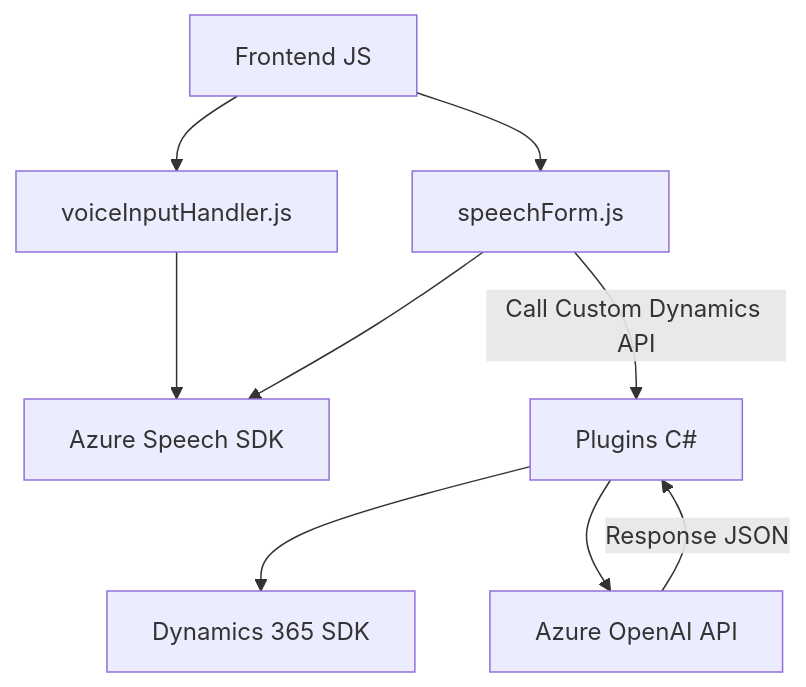
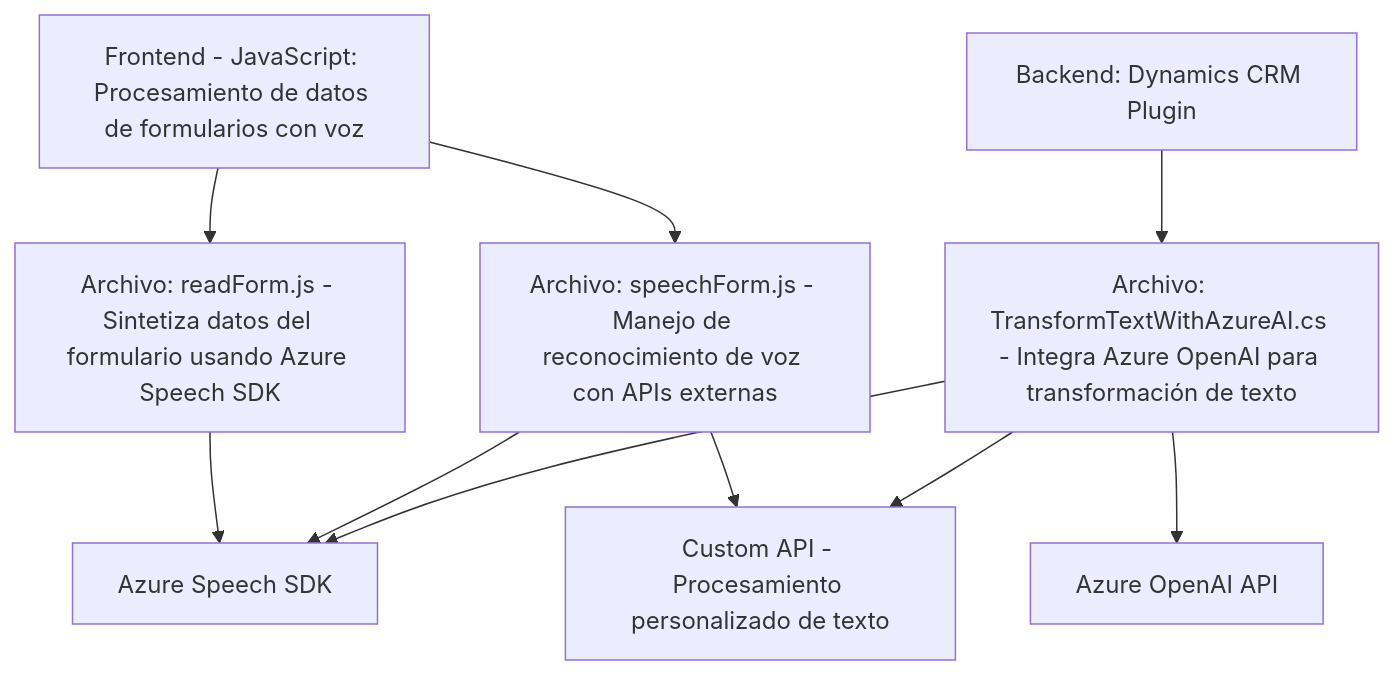
Before and after one commit to blopezdm/NETCORE_BILBAO2025: the diagram in README.md, drawn with Mermaid. The commit also changed other lines of this file, not shown here.

Commit message:
Actualizar análisis global de la solución con IA

````diff
--- a/README.md
+++ b/README.md
@@ -35,19 +64,22 @@
 ```mermaid
 graph TD
-    A["Frontend JS"]
-    B["voiceInputHandler.js"]
-    C["speechForm.js"]
-    D["Plugins C#"]
-    E["Dynamics 365 SDK"]
-    F["Azure Speech SDK"]
-    G["Azure OpenAI API"]
-    
-    A-->B
-    A-->C
-    B-->F
-    C-->F
-    C--"Call Custom Dynamics API"-->D
-    D-->E
-    D-->G
-    G--"Response JSON"-->D
+
+A["Frontend - JavaScript: Procesamiento de datos de formularios con voz"]
+B["Archivo: readForm.js - Sintetiza datos del formulario usando Azure Speech SDK"]
+C["Archivo: speechForm.js - Manejo de reconocimiento de voz con APIs externas"]
+D["Backend: Dynamics CRM Plugin"]
+E["Archivo: TransformTextWithAzureAI.cs - Integra Azure OpenAI para transformación de texto"]
+F["Azure Speech SDK"]
+G["Azure OpenAI API"]
+H["Custom API - Procesamiento personalizado de texto"]
+
+A --> B
+A --> C
+B --> F
+C --> F
+C --> H
+D --> E
+E --> G
+E --> F
+E --> H
 ```
````
